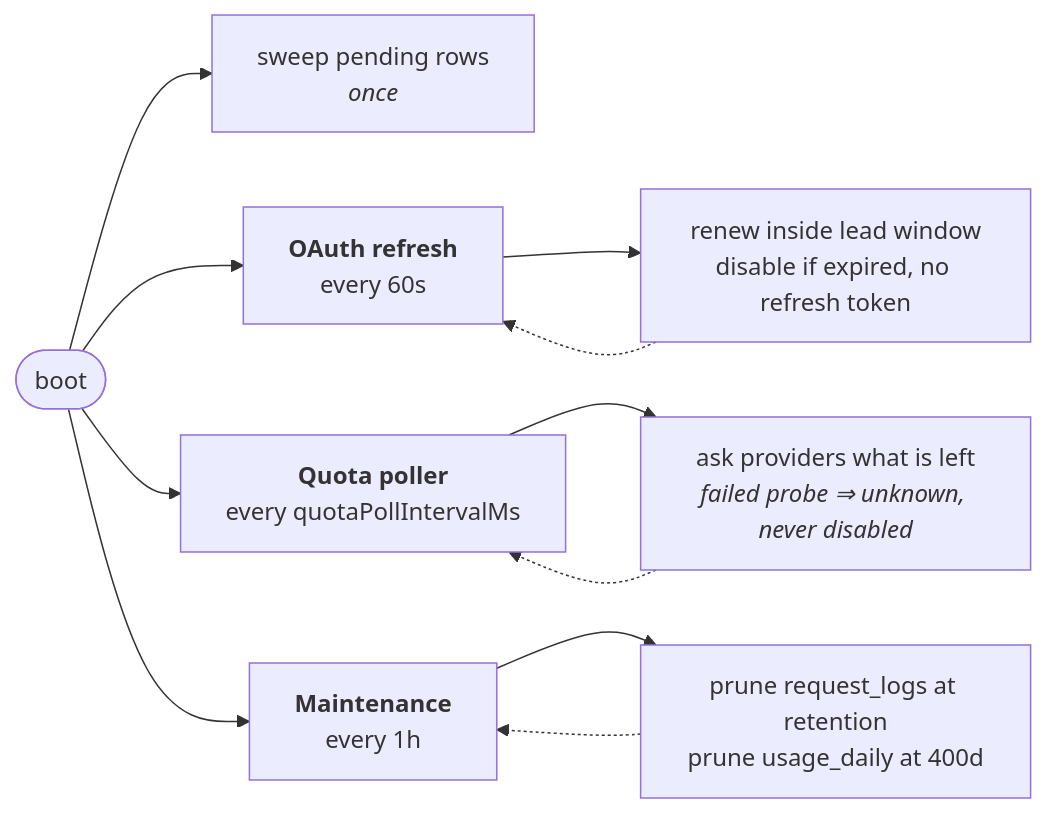
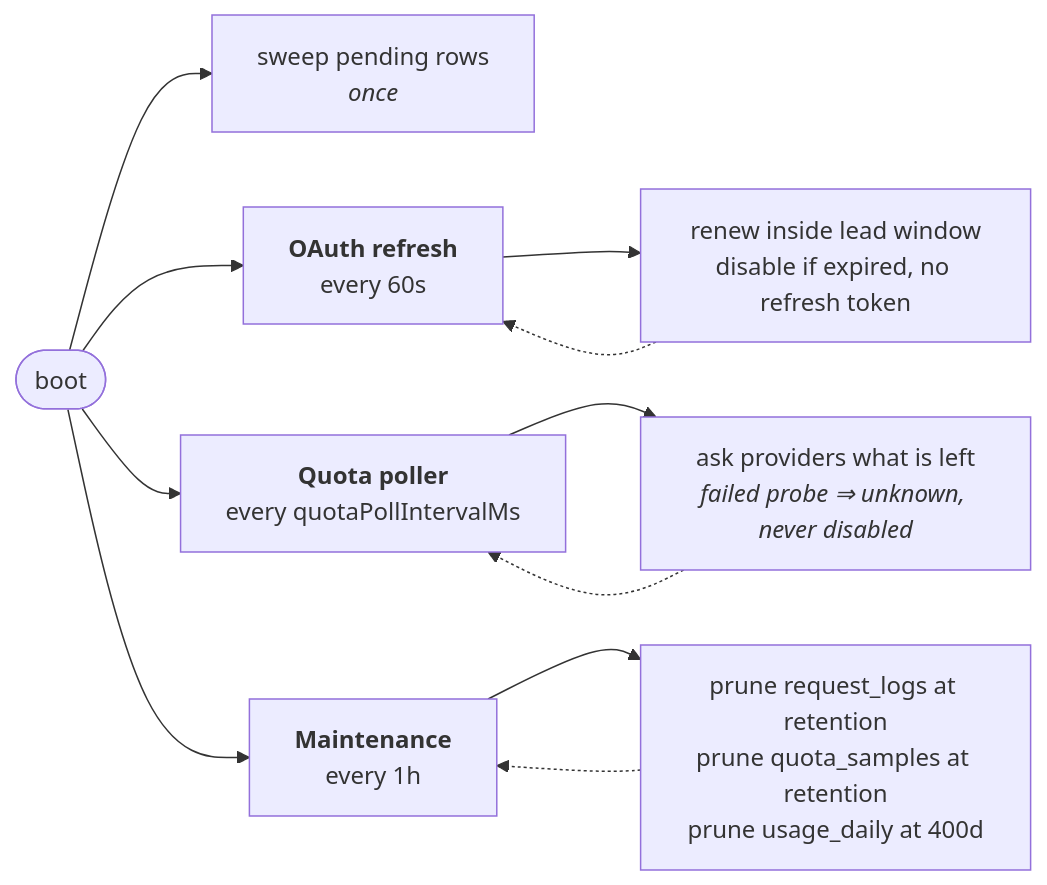
Before and after one commit to harismawan/omnigateway: the sixth of 7 diagrams in ARCHITECTURE.md, drawn with Mermaid. The commit also changed other lines of this file and 1 other file, not shown here.

First line of the commit message:
docs: record quota_samples in the storage model

````diff
--- a/ARCHITECTURE.md
+++ b/ARCHITECTURE.md
@@ -207,15 +215,15 @@
 ```mermaid
 flowchart LR
   boot([boot]) --> sweep["sweep pending rows<br/><i>once</i>"]
   boot --> oauth
   boot --> quota
   boot --> maint
 
   oauth["<b>OAuth refresh</b><br/>every 60s"] --> oauthJob["renew inside lead window<br/>disable if expired, no refresh token"]
   quota["<b>Quota poller</b><br/>every quotaPollIntervalMs"] --> quotaJob["ask providers what is left<br/><i>failed probe ⇒ unknown, never disabled</i>"]
-  maint["<b>Maintenance</b><br/>every 1h"] --> maintJob["prune request_logs at retention<br/>prune usage_daily at 400d"]
+  maint["<b>Maintenance</b><br/>every 1h"] --> maintJob["prune request_logs at retention<br/>prune quota_samples at retention<br/>prune usage_daily at 400d"]
 
   oauthJob -.-> oauth
   quotaJob -.-> quota
   maintJob -.-> maint
 ```
````
